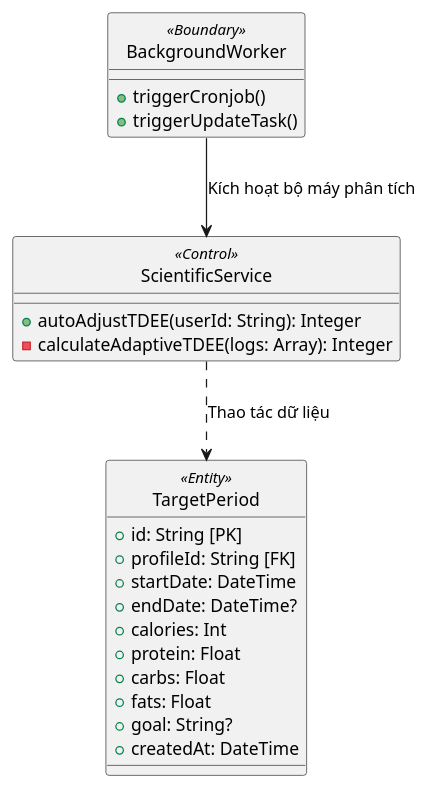
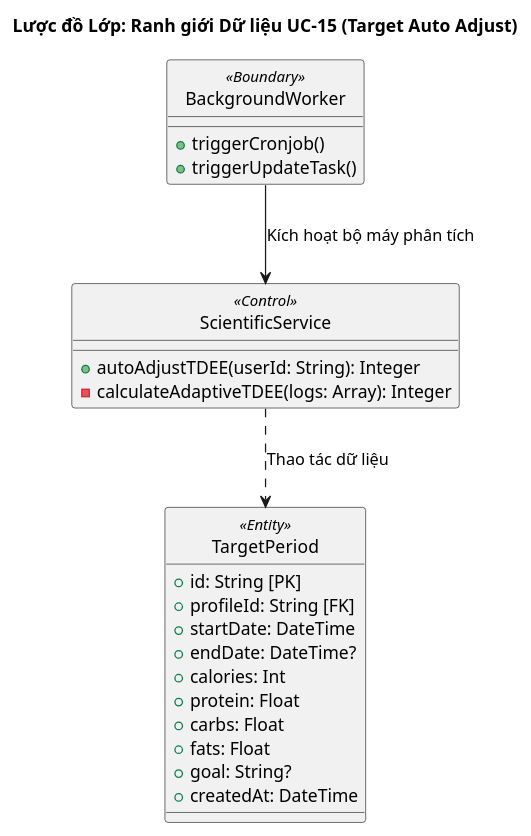
Before and after one commit to MinhTriet0612/CalAIClone: the second of 2 diagrams in docs/reports/VnV_UC15_Auto_Adjust.md, drawn with PlantUML. The commit also changed other lines of this file and 23 other files, not shown here.

````diff
--- a/docs/reports/VnV_UC15_Auto_Adjust.md
+++ b/docs/reports/VnV_UC15_Auto_Adjust.md
@@ -90,31 +91,32 @@
 ```plantuml
 @startuml
+title Lược đồ Lớp: Ranh giới Dữ liệu UC-15 (Target Auto Adjust)
 skinparam style strictuml
 
 class BackgroundWorker <<Boundary>> {
     + triggerCronjob()
     + triggerUpdateTask()
 }
 
 class ScientificService <<Control>> {
     + autoAdjustTDEE(userId: String): Integer
     - calculateAdaptiveTDEE(logs: Array): Integer
 }
 
 class TargetPeriod <<Entity>> {
     + id: String [PK]
     + profileId: String [FK]
     + startDate: DateTime
     + endDate: DateTime?
     + calories: Int
     + protein: Float
     + carbs: Float
     + fats: Float
     + goal: String?
     + createdAt: DateTime
 }
 
 BackgroundWorker --> ScientificService : Kích hoạt bộ máy phân tích
 ScientificService ..> TargetPeriod : Thao tác dữ liệu
 @enduml
 ```
````
